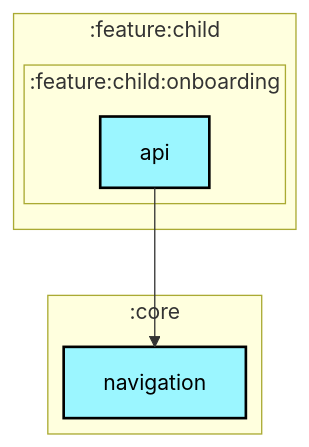
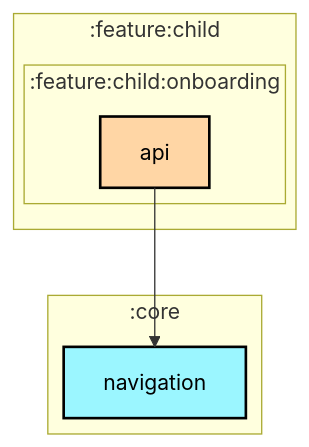
One commit to jadavchirag/jadavchirag changed the first of 2 diagrams in architecture/ParentalControlApps/feature/child/onboarding/api/README.md. Above: the diagram before and after it, drawn with Mermaid. The commit also changed 26 other files, not shown here.

Commit message:
fixed feature module colors in graphs

````diff
--- a/architecture/ParentalControlApps/feature/child/onboarding/api/README.md
+++ b/architecture/ParentalControlApps/feature/child/onboarding/api/README.md
@@ -6,29 +6,29 @@
 ```mermaid
 ---
 config:
   layout: elk
   elk:
     nodePlacementStrategy: SIMPLE
 ---
 graph TB
   subgraph :feature:child
     direction TB
     subgraph :feature:child:onboarding
       direction TB
-      :feature:child:onboarding:api[api]:::android-library
+      :feature:child:onboarding:api[api]:::android-feature
     end
   end
   subgraph :core
     direction TB
     :core:navigation[navigation]:::android-library
   end
 
   :feature:child:onboarding:api --> :core:navigation
 
 classDef android-application fill:#CAFFBF,stroke:#000,stroke-width:2px,color:#000;
 classDef android-feature fill:#FFD6A5,stroke:#000,stroke-width:2px,color:#000;
 classDef android-library fill:#9BF6FF,stroke:#000,stroke-width:2px,color:#000;
 classDef android-test fill:#A0C4FF,stroke:#000,stroke-width:2px,color:#000;
 classDef jvm-library fill:#BDB2FF,stroke:#000,stroke-width:2px,color:#000;
 classDef unknown fill:#FFADAD,stroke:#000,stroke-width:2px,color:#000;
 ```
````
